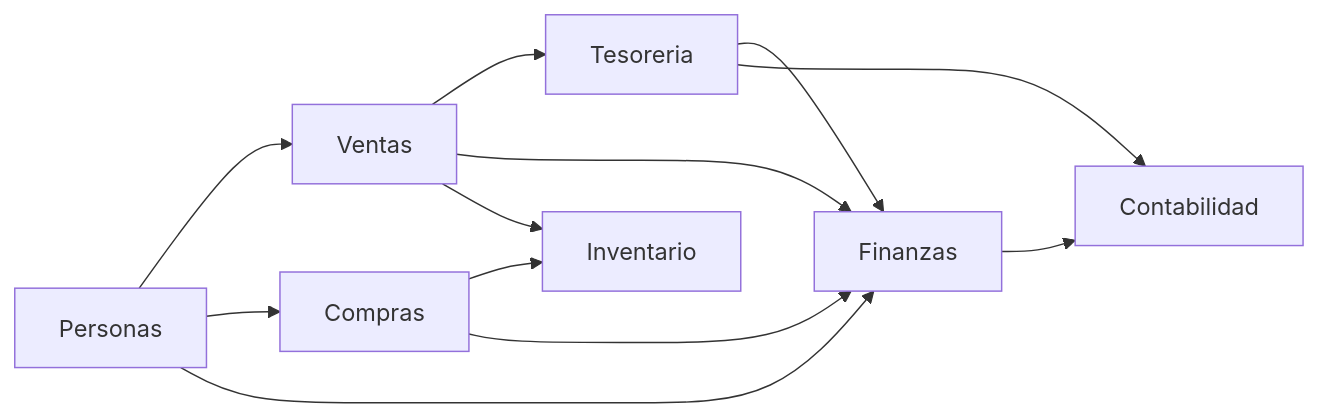
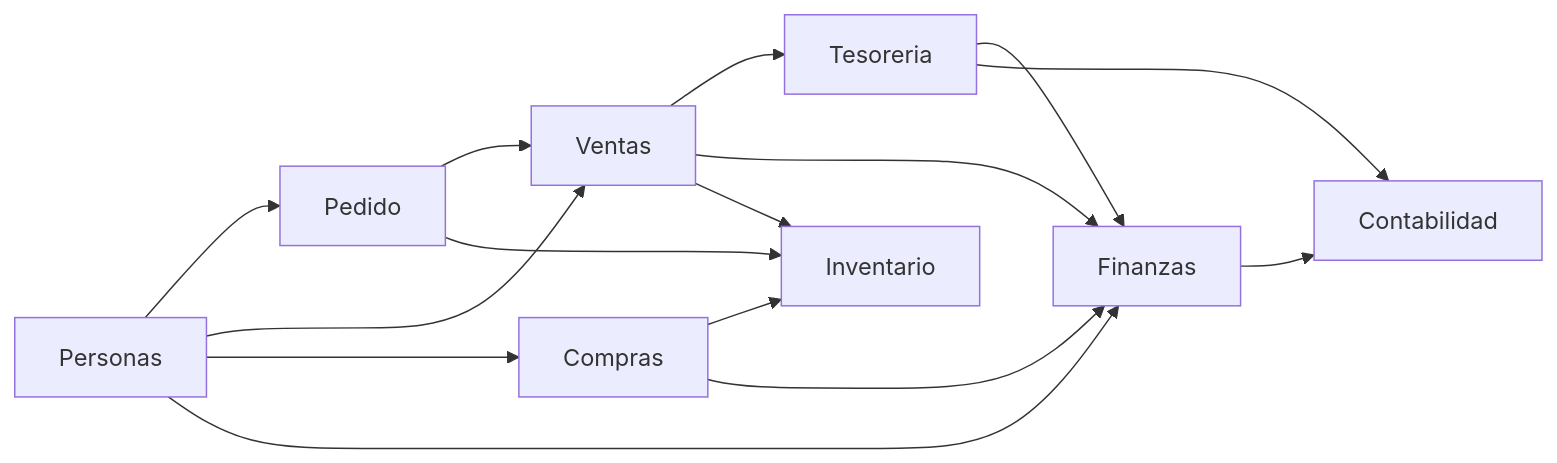
The first of 4 diagrams in src/docs/core/mapa-del-dominio.md (yelsino/yolafresh-utils), drawn with Mermaid before and after one commit. The commit also changed other lines of this file and 36 other files, not shown here.

````diff
--- a/src/docs/core/mapa-del-dominio.md
+++ b/src/docs/core/mapa-del-dominio.md
@@ -25,22 +27,26 @@
 ```mermaid
 flowchart LR
   Personas[Personas]
+  Pedido[Pedido]
   Ventas[Ventas]
   Tesoreria[Tesoreria]
   Finanzas[Finanzas]
   Inventario[Inventario]
   Compras[Compras]
   Contabilidad[Contabilidad]
 
+  Personas --> Pedido
   Personas --> Ventas
+  Pedido --> Ventas
+  Pedido --> Inventario
   Personas --> Compras
   Personas --> Finanzas
   Ventas --> Tesoreria
   Ventas --> Finanzas
   Ventas --> Inventario
   Compras --> Inventario
   Compras --> Finanzas
   Tesoreria --> Finanzas
   Finanzas --> Contabilidad
   Tesoreria --> Contabilidad
 ```
````
